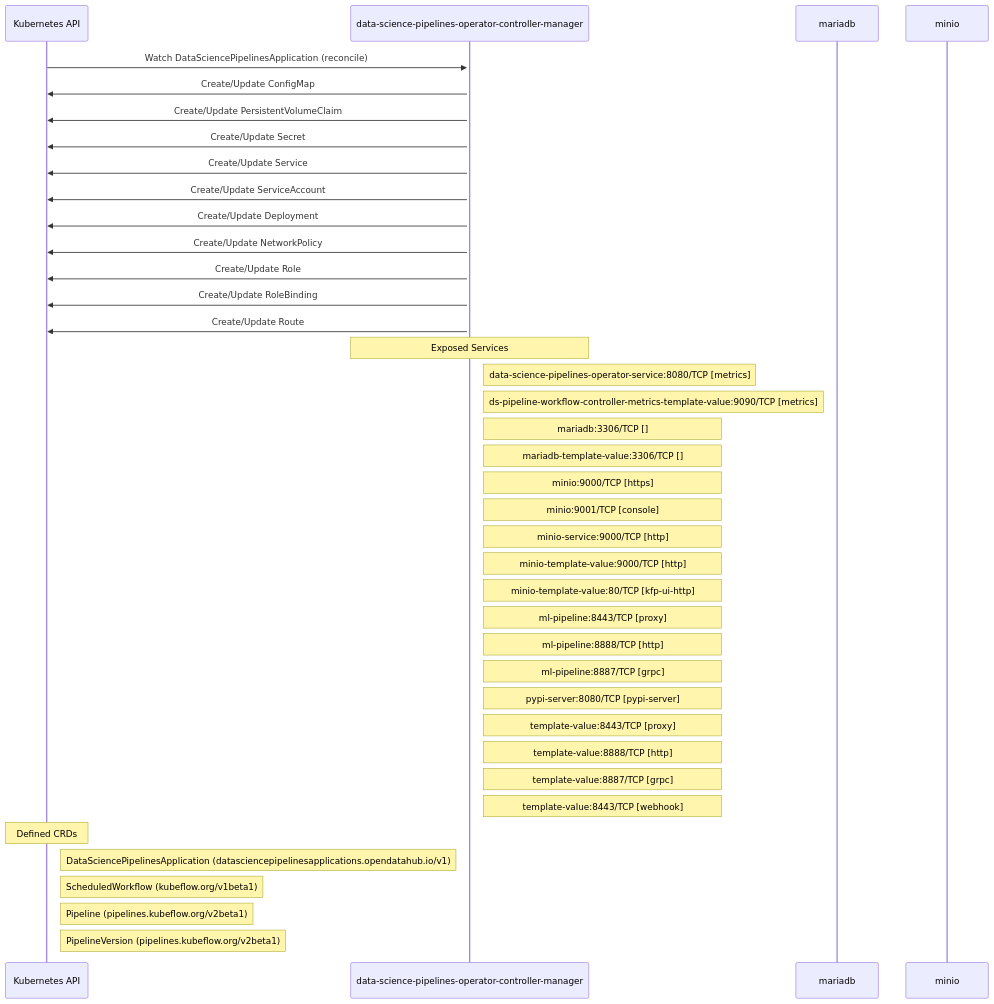
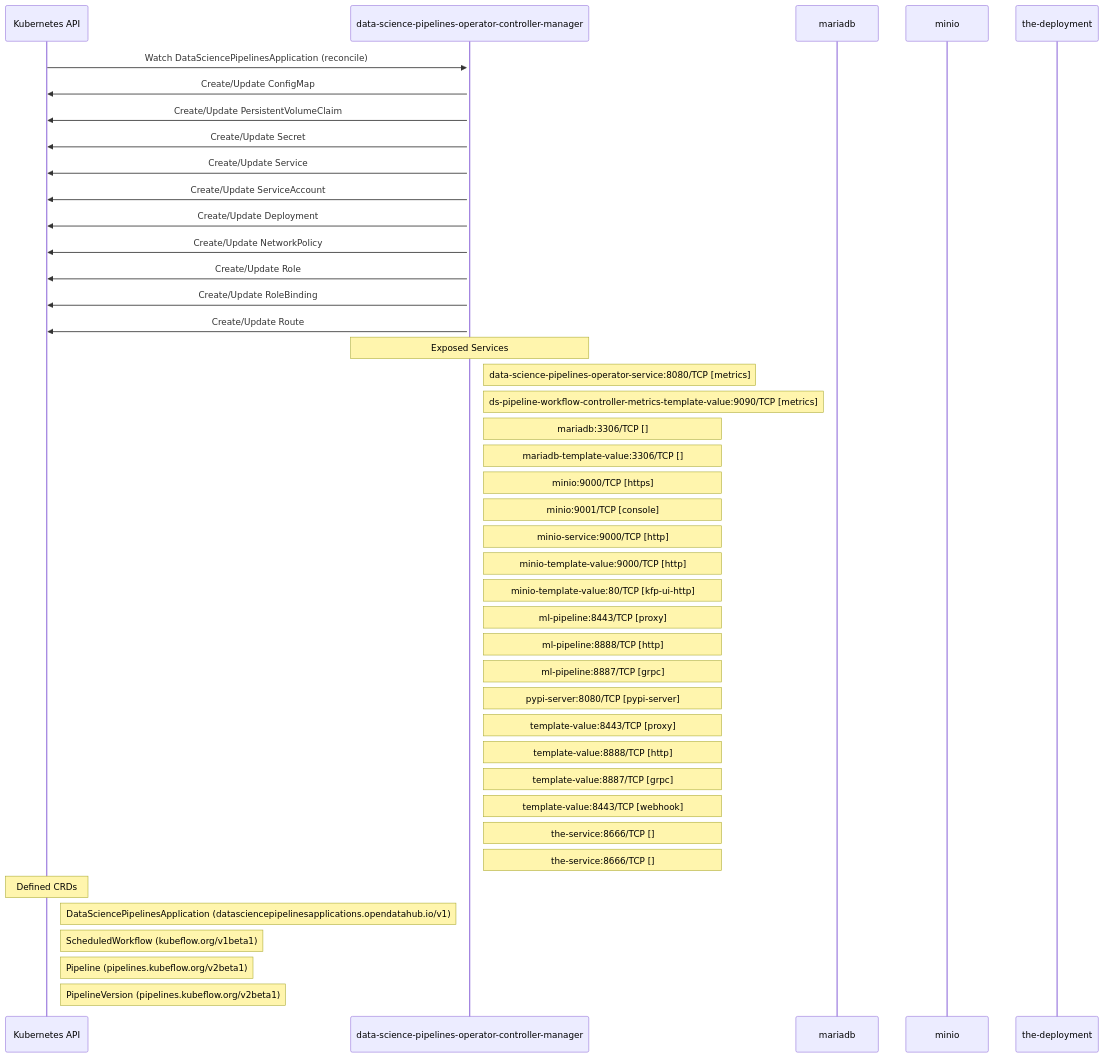
Before and after one commit to ugiordan/rhoai-architecture-analyzer: the diagram in site/docs/use-cases/odh-platform/components/data_science_pipelines_operator/dataflow.md, drawn with Mermaid. The commit also changed other lines of this file and 402 other files, not shown here.

````diff
--- a/site/docs/use-cases/odh-platform/components/data_science_pipelines_operator/dataflow.md
+++ b/site/docs/use-cases/odh-platform/components/data_science_pipelines_operator/dataflow.md
@@ -25,46 +31,49 @@
 ```mermaid
 sequenceDiagram
     %% Static dataflow for data-science-pipelines-operator
 
     participant KubernetesAPI as Kubernetes API
     participant data_science_pipelines_operator_controller_manager as data-science-pipelines-operator-controller-manager
     participant mariadb as mariadb
     participant minio as minio
+    participant the_deployment as the-deployment
 
     KubernetesAPI->>+data_science_pipelines_operator_controller_manager: Watch DataSciencePipelinesApplication (reconcile)
     data_science_pipelines_operator_controller_manager->>KubernetesAPI: Create/Update ConfigMap
     data_science_pipelines_operator_controller_manager->>KubernetesAPI: Create/Update PersistentVolumeClaim
     data_science_pipelines_operator_controller_manager->>KubernetesAPI: Create/Update Secret
     data_science_pipelines_operator_controller_manager->>KubernetesAPI: Create/Update Service
     data_science_pipelines_operator_controller_manager->>KubernetesAPI: Create/Update ServiceAccount
     data_science_pipelines_operator_controller_manager->>KubernetesAPI: Create/Update Deployment
     data_science_pipelines_operator_controller_manager->>KubernetesAPI: Create/Update NetworkPolicy
     data_science_pipelines_operator_controller_manager->>KubernetesAPI: Create/Update Role
     data_science_pipelines_operator_controller_manager->>KubernetesAPI: Create/Update RoleBinding
     data_science_pipelines_operator_controller_manager->>KubernetesAPI: Create/Update Route
 
     Note over data_science_pipelines_operator_controller_manager: Exposed Services
     Note right of data_science_pipelines_operator_controller_manager: data-science-pipelines-operator-service:8080/TCP [metrics]
     Note right of data_science_pipelines_operator_controller_manager: ds-pipeline-workflow-controller-metrics-template-value:9090/TCP [metrics]
     Note right of data_science_pipelines_operator_controller_manager: mariadb:3306/TCP []
     Note right of data_science_pipelines_operator_controller_manager: mariadb-template-value:3306/TCP []
     Note right of data_science_pipelines_operator_controller_manager: minio:9000/TCP [https]
     Note right of data_science_pipelines_operator_controller_manager: minio:9001/TCP [console]
     Note right of data_science_pipelines_operator_controller_manager: minio-service:9000/TCP [http]
     Note right of data_science_pipelines_operator_controller_manager: minio-template-value:9000/TCP [http]
     Note right of data_science_pipelines_operator_controller_manager: minio-template-value:80/TCP [kfp-ui-http]
     Note right of data_science_pipelines_operator_controller_manager: ml-pipeline:8443/TCP [proxy]
     Note right of data_science_pipelines_operator_controller_manager: ml-pipeline:8888/TCP [http]
     Note right of data_science_pipelines_operator_controller_manager: ml-pipeline:8887/TCP [grpc]
     Note right of data_science_pipelines_operator_controller_manager: pypi-server:8080/TCP [pypi-server]
     Note right of data_science_pipelines_operator_controller_manager: template-value:8443/TCP [proxy]
     Note right of data_science_pipelines_operator_controller_manager: template-value:8888/TCP [http]
     Note right of data_science_pipelines_operator_controller_manager: template-value:8887/TCP [grpc]
     Note right of data_science_pipelines_operator_controller_manager: template-value:8443/TCP [webhook]
+    Note right of data_science_pipelines_operator_controller_manager: the-service:8666/TCP []
+    Note right of data_science_pipelines_operator_controller_manager: the-service:8666/TCP []
 
     Note over KubernetesAPI: Defined CRDs
     Note right of KubernetesAPI: DataSciencePipelinesApplication (datasciencepipelinesapplications.opendatahub.io/v1)
     Note right of KubernetesAPI: ScheduledWorkflow (kubeflow.org/v1beta1)
     Note right of KubernetesAPI: Pipeline (pipelines.kubeflow.org/v2beta1)
     Note right of KubernetesAPI: PipelineVersion (pipelines.kubeflow.org/v2beta1)
 ```
````
